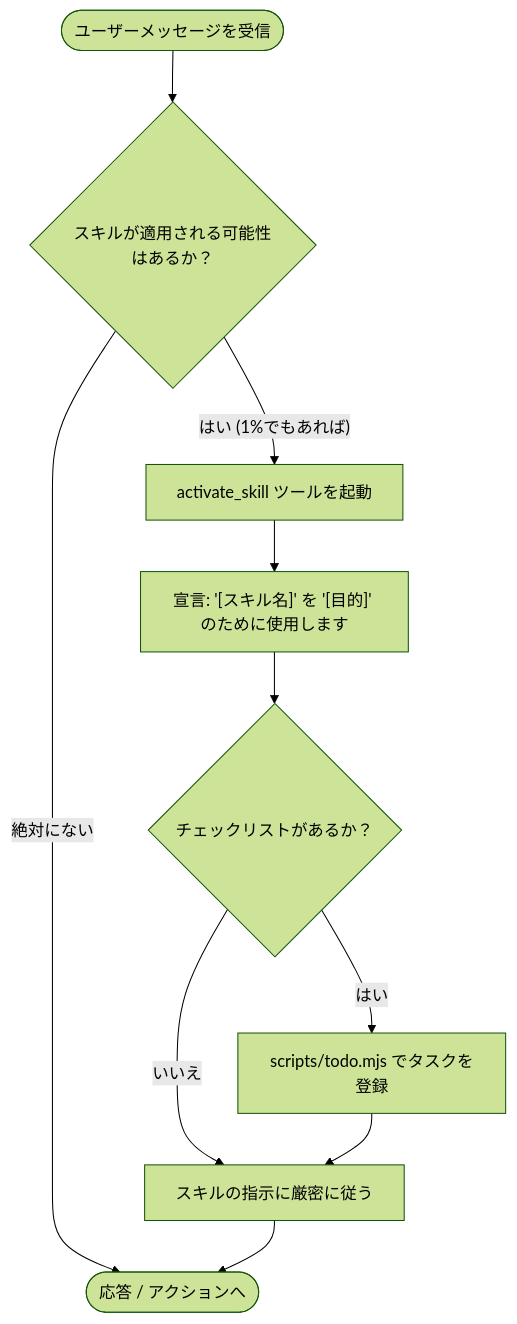
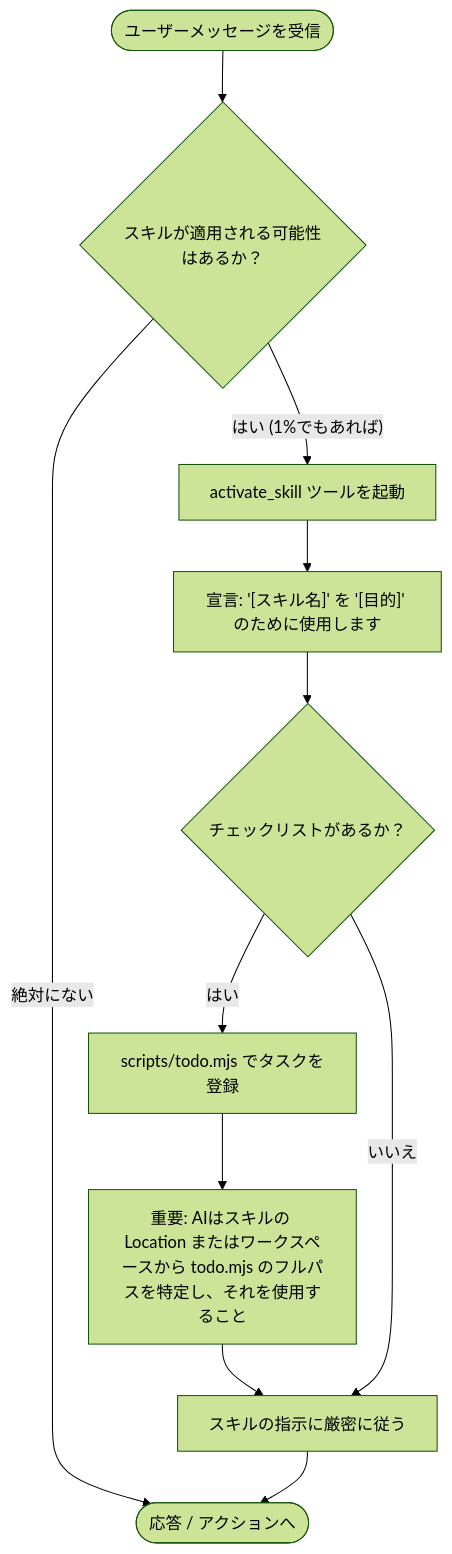
Before and after one commit to oki2a24/superpowerssuperpowers: the diagram in skills/using-superpowers/SKILL.md, drawn with Mermaid (forest theme). The commit also changed 6 other files, not shown here.

````diff
--- a/skills/using-superpowers/SKILL.md
+++ b/skills/using-superpowers/SKILL.md
@@ -24,12 +24,14 @@
 ```mermaid
 graph TD
     A([ユーザーメッセージを受信]) --> B{スキルが適用される可能性はあるか？}
     B -- "はい (1%でもあれば)" --> C[activate_skill ツールを起動]
     B -- "絶対にない" --> H([応答 / アクションへ])
     C --> D["宣言: '[スキル名]' を '[目的]' のために使用します"]
     D --> E{チェックリストがあるか？}
     E -- "はい" --> F["scripts/todo.mjs でタスクを登録"]
+    F --> G_PATH["重要: AIはスキルの Location またはワークスペースから todo.mjs のフルパスを特定し、それを使用すること"]
+    G_PATH --> G
     E -- "いいえ" --> G[スキルの指示に厳密に従う]
-    F --> G
+
     G --> H
 ```
````
